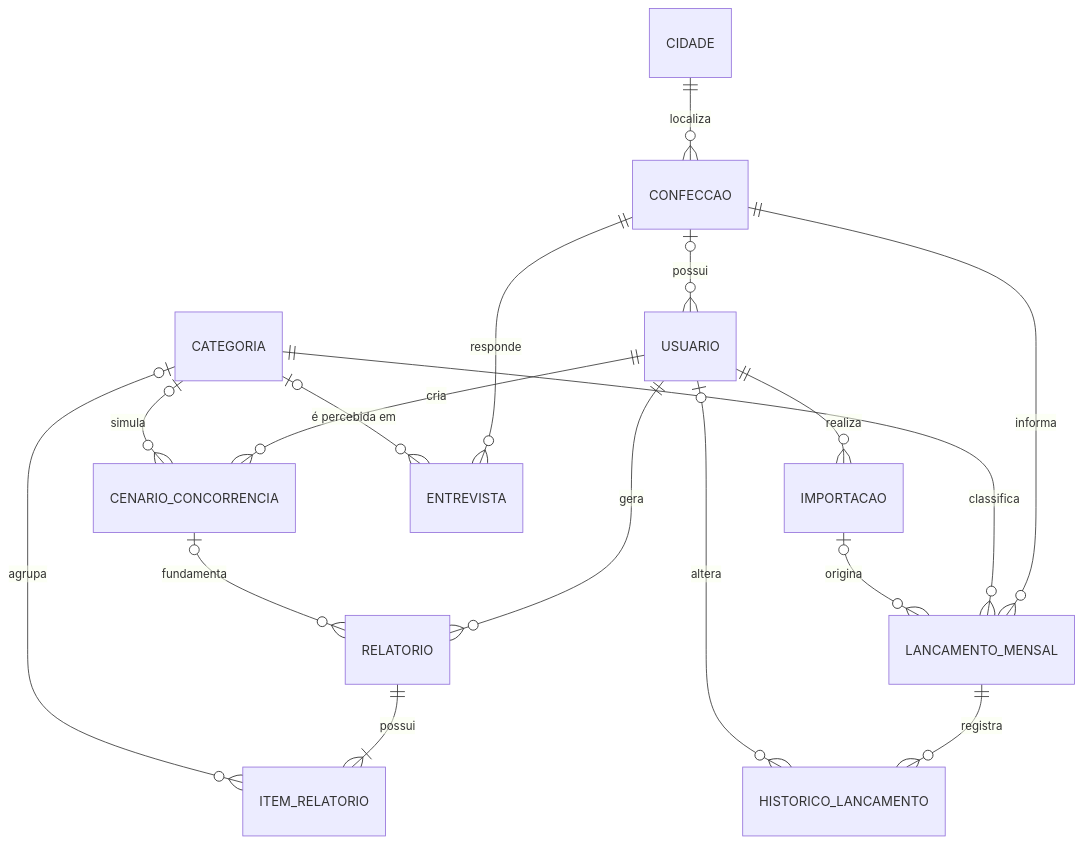
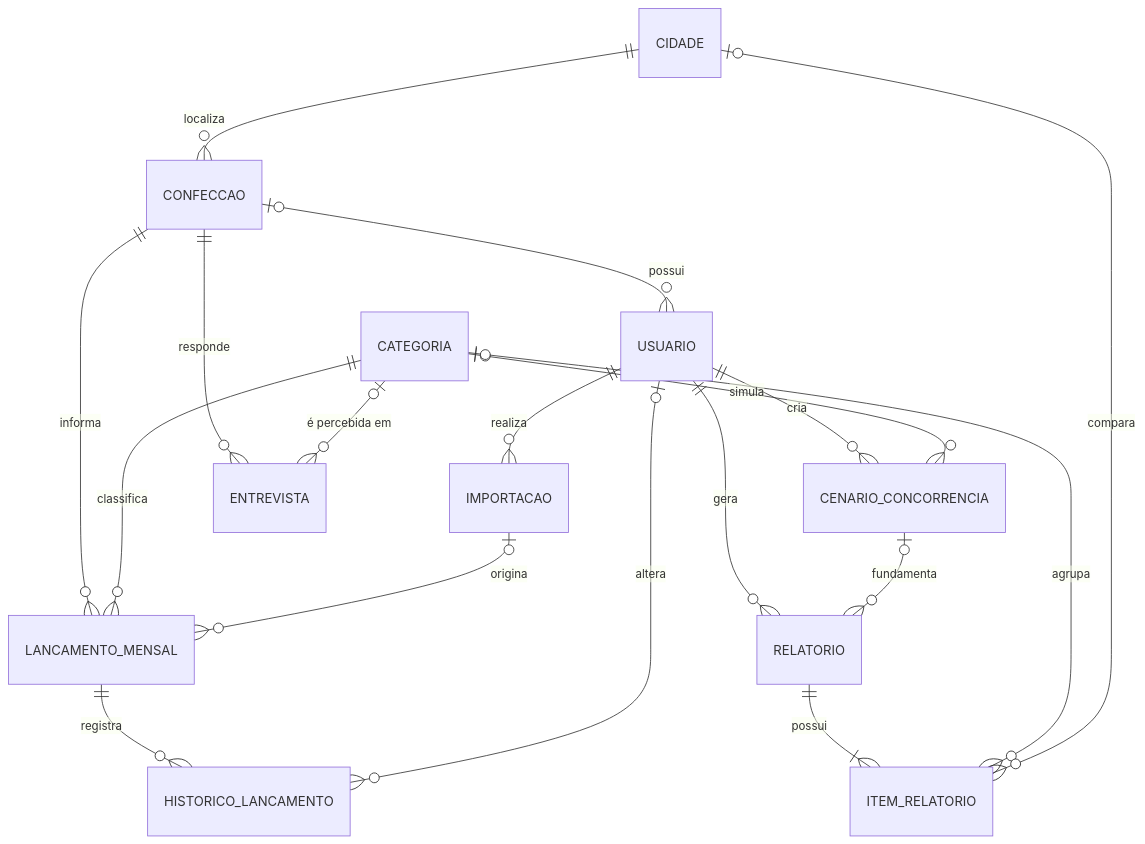
The first of 2 diagrams in README.md (AstralCommits/Banco-de-Dados), drawn with Mermaid before and after one commit. The commit also changed other lines of this file and 12 other files, not shown here.

````diff
--- a/README.md
+++ b/README.md
@@ -9,19 +9,20 @@
 ```mermaid
 erDiagram
     CIDADE ||--o{ CONFECCAO : localiza
     CONFECCAO |o--o{ USUARIO : possui
     CONFECCAO ||--o{ LANCAMENTO_MENSAL : informa
     CATEGORIA ||--o{ LANCAMENTO_MENSAL : classifica
     IMPORTACAO |o--o{ LANCAMENTO_MENSAL : origina
     USUARIO ||--o{ IMPORTACAO : realiza
     USUARIO ||--o{ CENARIO_CONCORRENCIA : cria
     USUARIO ||--o{ RELATORIO : gera
     CATEGORIA |o--o{ CENARIO_CONCORRENCIA : simula
     CENARIO_CONCORRENCIA |o--o{ RELATORIO : fundamenta
     RELATORIO ||--|{ ITEM_RELATORIO : possui
     CATEGORIA |o--o{ ITEM_RELATORIO : agrupa
+    CIDADE |o--o{ ITEM_RELATORIO : compara
     CONFECCAO ||--o{ ENTREVISTA : responde
     CATEGORIA |o--o{ ENTREVISTA : "é percebida em"
     LANCAMENTO_MENSAL ||--o{ HISTORICO_LANCAMENTO : registra
     USUARIO |o--o{ HISTORICO_LANCAMENTO : altera
 ```
````
